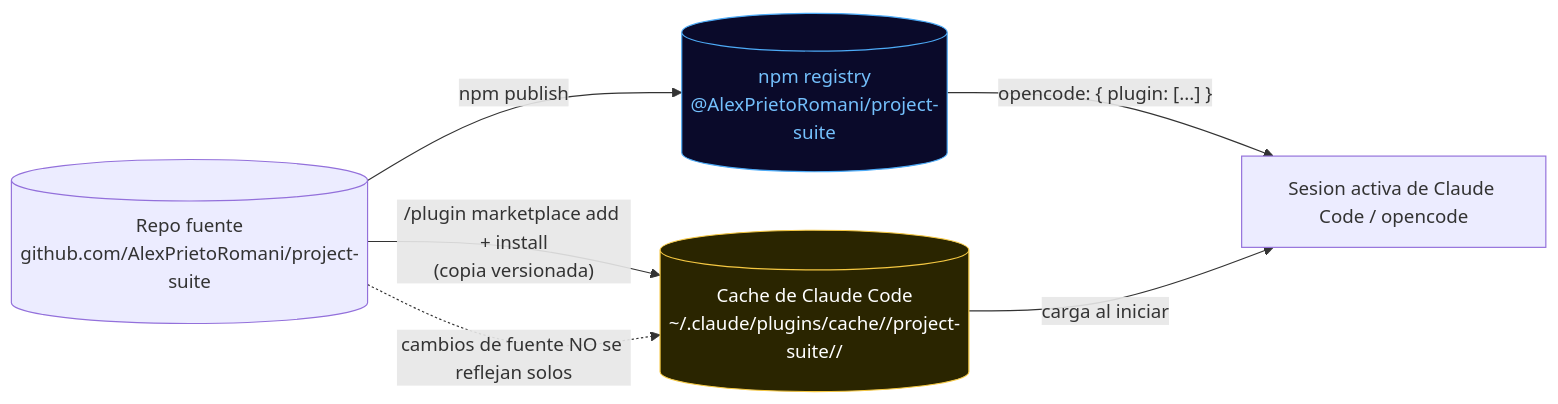
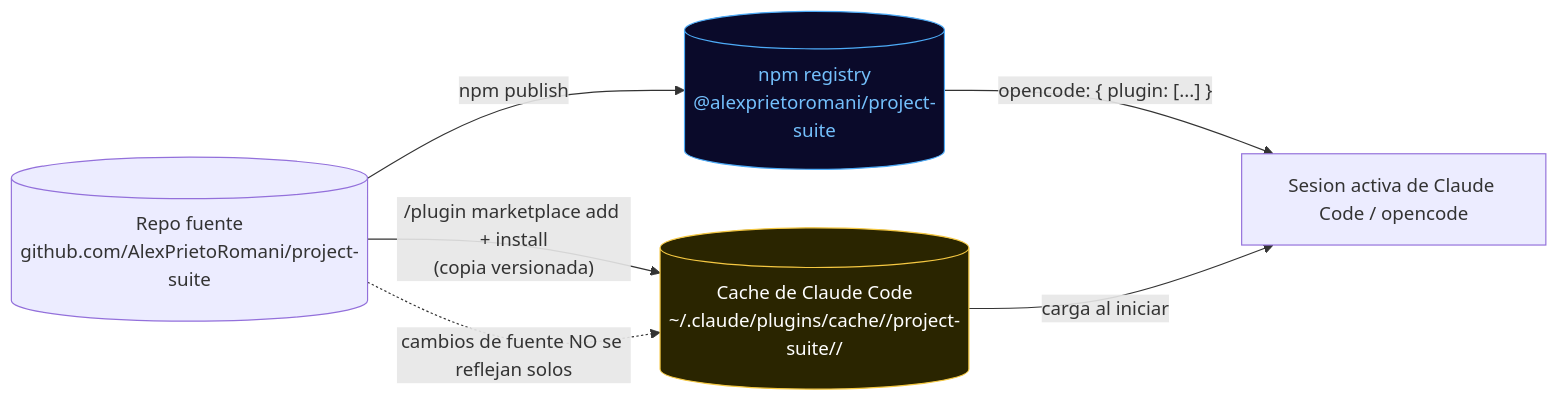
Before and after one commit to AlexPrietoRomani/project-suite: the fourth of 4 diagrams in docs/architecture/architecture.md, drawn with Mermaid. The commit also changed other lines of this file and 3 other files, not shown here.

First line of the commit message:
fix: lowercase npm scope to @alexprietoromani/project-suite

````diff
--- a/docs/architecture/architecture.md
+++ b/docs/architecture/architecture.md
@@ -173,16 +173,16 @@
 ```mermaid
 flowchart LR
     SRC[("Repo fuente\ngithub.com/AlexPrietoRomani/project-suite")]
-    NPM[("npm registry\n@AlexPrietoRomani/project-suite")]
+    NPM[("npm registry\n@alexprietoromani/project-suite")]
     CACHE[("Cache de Claude Code\n~/.claude/plugins/cache/<marketplace>/project-suite/<version>/")]
     SESSION["Sesion activa de Claude Code / opencode"]
 
     SRC -->|"npm publish"| NPM
     SRC -->|"/plugin marketplace add + install\n(copia versionada)"| CACHE
     NPM -->|"opencode: { plugin: [...] }"| SESSION
     CACHE -->|"carga al iniciar"| SESSION
     SRC -.->|"cambios de fuente NO se reflejan solos"| CACHE
 
     style CACHE fill:#2a2500,stroke:#f5c842,color:#fff
     style NPM fill:#0a0a2a,stroke:#4dabf7,color:#74c0fc
 ```
````
